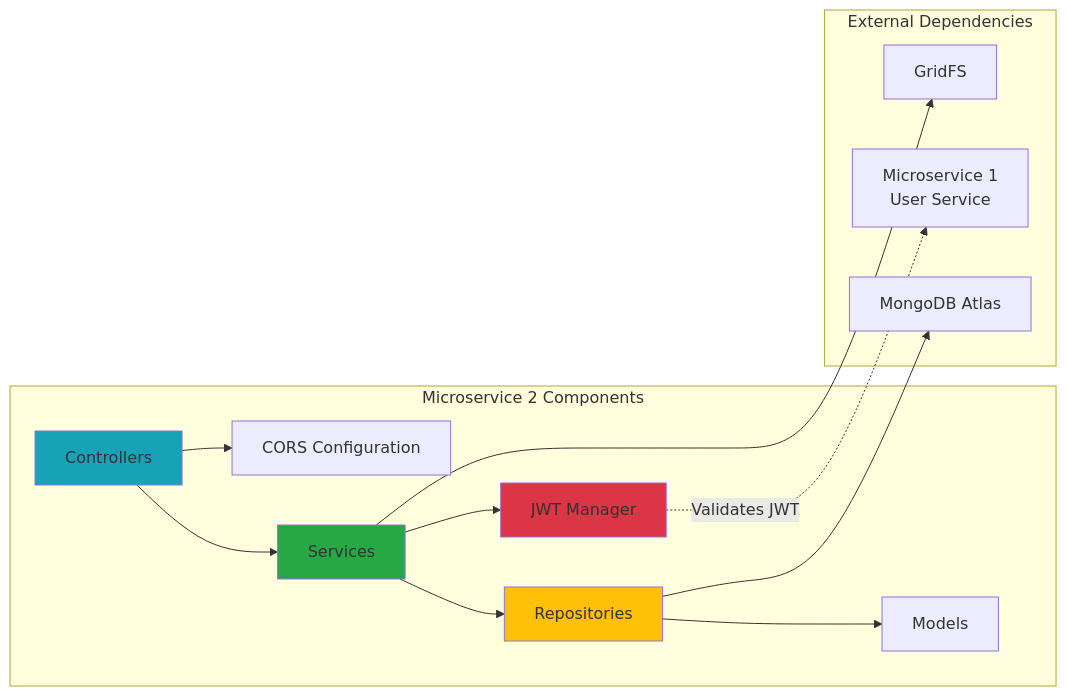
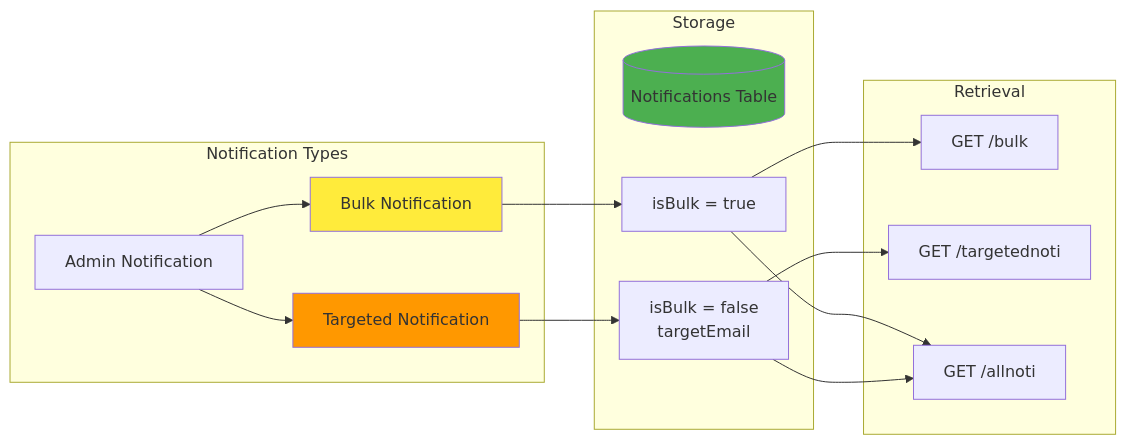
Before and after one commit to saimahendra282/Microservice1: the fifth of 6 diagrams in README.md, drawn with Mermaid. The commit also changed other lines of this file, not shown here.

````diff
--- a/README.md
+++ b/README.md
@@ -166,31 +195,33 @@
 ```mermaid
 graph LR
-    subgraph "Microservice 2 Components"
-        A[Controllers]
-        B[Services]
-        C[Repositories]
-        D[Models]
-        E[JWT Manager]
-        F[CORS Configuration]
+    subgraph "Notification Types"
+        A[Admin Notification]
+        A1[Bulk Notification]
+        A2[Targeted Notification]
     end
     
-    subgraph "External Dependencies"
-        G[Microservice 1<br/>User Service]
-        H[MongoDB Atlas]
-        I[GridFS]
+    subgraph "Storage"
+        B[(Notifications Table)]
+        B1[isBulk = true]
+        B2[isBulk = false<br/>targetEmail]
     end
     
-    A --> B
-    B --> C
-    B --> E
-    C --> D
-    C --> H
-    B --> I
-    A --> F
-    E -.->|Validates JWT| G
+    subgraph "Retrieval"
+        C[GET /bulk]
+        D[GET /targetednoti]
+        E[GET /allnoti]
+    end
     
-    style A fill:#17a2b8
-    style B fill:#28a745
-    style C fill:#ffc107
-    style E fill:#dc3545
+    A --> A1
+    A --> A2
+    A1 --> B1
+    A2 --> B2
+    B1 --> C
+    B2 --> D
+    B1 --> E
+    B2 --> E
+    
+    style A1 fill:#ffeb3b
+    style A2 fill:#ff9800
+    style B fill:#4caf50
 ```
````
